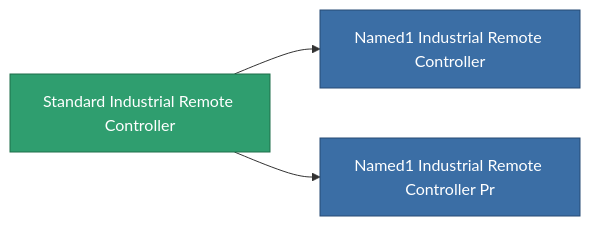
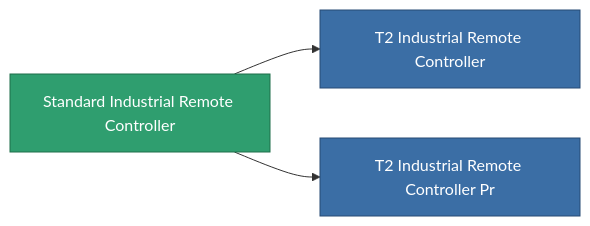
Before and after one commit to OpenPerpetuum/Wiki: the diagram in content/content/items/standard_industrial_remote_controller.md, drawn with Mermaid. The commit also changed other lines of this file and 4904 other files, not shown here.

````diff
--- a/content/content/items/standard_industrial_remote_controller.md
+++ b/content/content/items/standard_industrial_remote_controller.md
@@ -68,13 +56,13 @@
 ```mermaid
 graph LR
     a["Standard Industrial Remote Controller"]:::current
-    b["Named1 Industrial Remote Controller"]:::prod
+    b["T2 Industrial Remote Controller"]:::prod
     a --> b
-    click b "/content/items/named1-industrial-remote-controller/" "Named1 Industrial Remote Controller"
-    c["Named1 Industrial Remote Controller Pr"]:::prod
+    click b "/content/items/named1-industrial-remote-controller/" "T2 Industrial Remote Controller"
+    c["T2 Industrial Remote Controller Pr"]:::prod
     a --> c
-    click c "/content/items/named1-industrial-remote-controller-pr/" "Named1 Industrial Remote Controller Pr"
+    click c "/content/items/named1-industrial-remote-controller-pr/" "T2 Industrial Remote Controller Pr"
     classDef current fill:#2f9e6f,stroke:#1f6f4a,color:#ffffff
     classDef prod fill:#3b6ea5,stroke:#274a75,color:#ffffff
     classDef more fill:#39445a,stroke:#54658a,color:#d5dbe8
 ```
````
